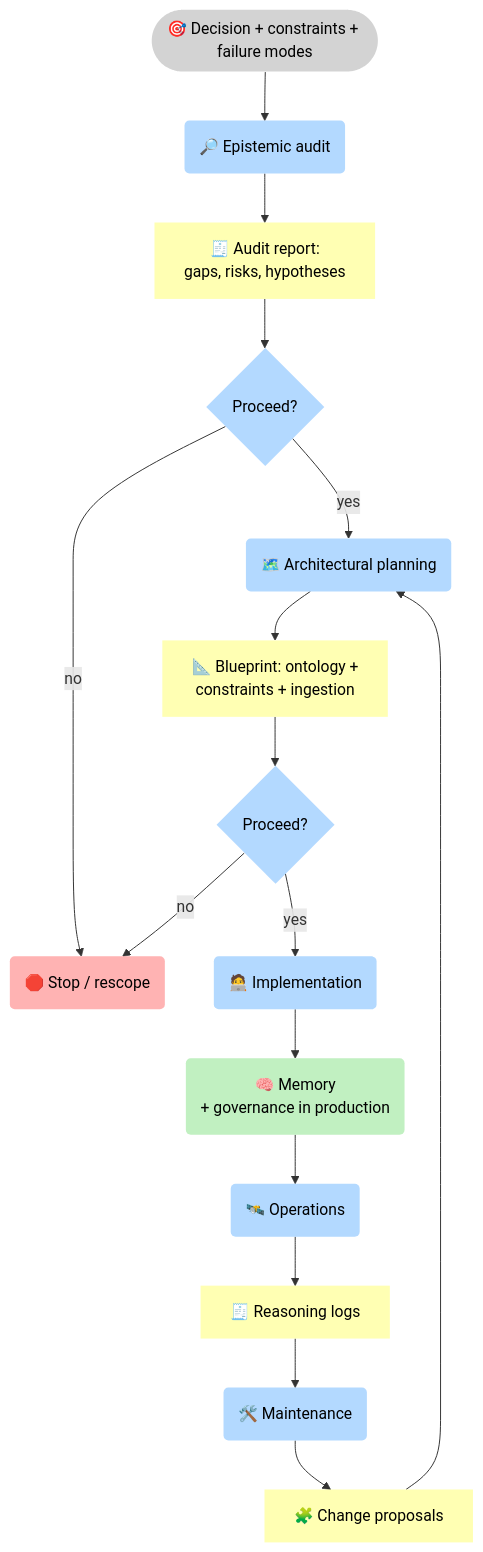
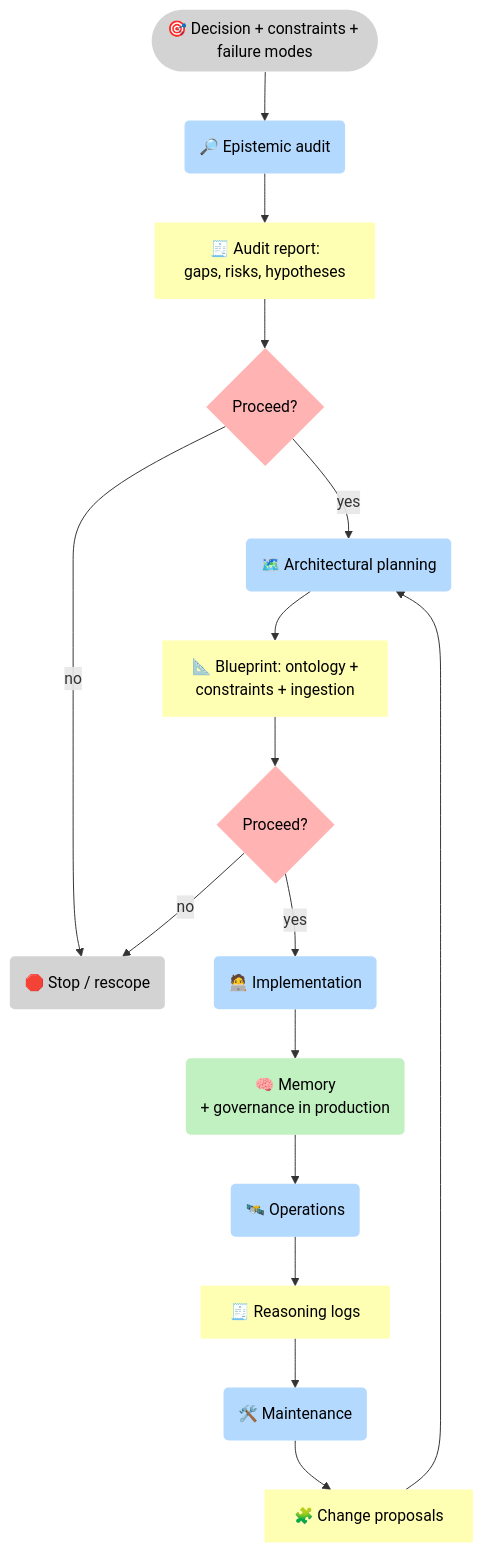
Before and after one commit to 5Reasons/5reasons.github.io: the third of 5 diagrams in docs/index.md, drawn with Mermaid. The commit also changed other lines of this file, not shown here.

Commit message:
Refactor Mermaid diagram classes: Update class definitions for clarity and consistency in flowchart elements

````diff
--- a/docs/index.md
+++ b/docs/index.md
@@ -209,47 +209,47 @@
 ```mermaid
 flowchart TB
 %% Styles (brModel Standard)
 classDef i fill:#D3D3D3,stroke-width:0px,color:#000;
 classDef p fill:#B3D9FF,stroke-width:0px,color:#000;
 classDef r fill:#FFFFB3,stroke-width:0px,color:#000;
 classDef o fill:#C1F0C1,stroke-width:0px,color:#000;
 classDef s fill:#FFB3B3,stroke-width:0px,color:#000;
 
 I_Goal(["🎯 Decision + constraints + failure modes"]):::i
 
 P_Audit("🔎 Epistemic audit"):::p
 R_AuditReport["🧾 Audit report: <br>gaps, risks, hypotheses"]:::r
-G1{"Proceed?"}:::p
+G1{"Proceed?"}:::s
 
 P_Plan("🗺️ Architectural planning"):::p
 R_Blueprint["📐 Blueprint: ontology + <br>constraints + ingestion"]:::r
-G2{"Proceed?"}:::p
+G2{"Proceed?"}:::s
 
 P_Impl("🧑‍💻 Implementation"):::p
 O_Memory("🧠 Memory <br>+ governance in production"):::o
 
 P_Ops("🛰️ Operations"):::p
 R_Logs["🧾 Reasoning logs"]:::r
 P_Maint("🛠️ Maintenance"):::p
 R_Change["🧩 Change proposals"]:::r
 
-S_Stop("🛑 Stop / rescope"):::s
+S_Stop("🛑 Stop / rescope"):::i
 
 I_Goal --> P_Audit --> R_AuditReport --> G1
 G1 -->|"no"| S_Stop
 G1 -->|"yes"| P_Plan --> R_Blueprint --> G2
 G2 -->|"no"| S_Stop
 G2 -->|"yes"| P_Impl --> O_Memory --> P_Ops --> R_Logs --> P_Maint --> R_Change --> P_Plan
 
 
 
 click P_Audit "/services/epistemic-audit/" "Epistemic Audit"
 click R_AuditReport "/services/epistemic-audit/" "Audit report"
 click P_Plan "/services/blueprint/" "Architecture Blueprint"
 click R_Blueprint "/services/blueprint/" "Architecture Blueprint"
 click P_Impl "/services/implementation/" "Implementation"
 click O_Memory "/methodology/" "Methodology"
 click P_Ops "/reasoners/operating-model/" "Operating model"
 click R_Logs "/reasoners/governance/" "Governance Approach"
 click P_Maint "/services/partnership/" "Ongoing Partnership"
 ```
````
